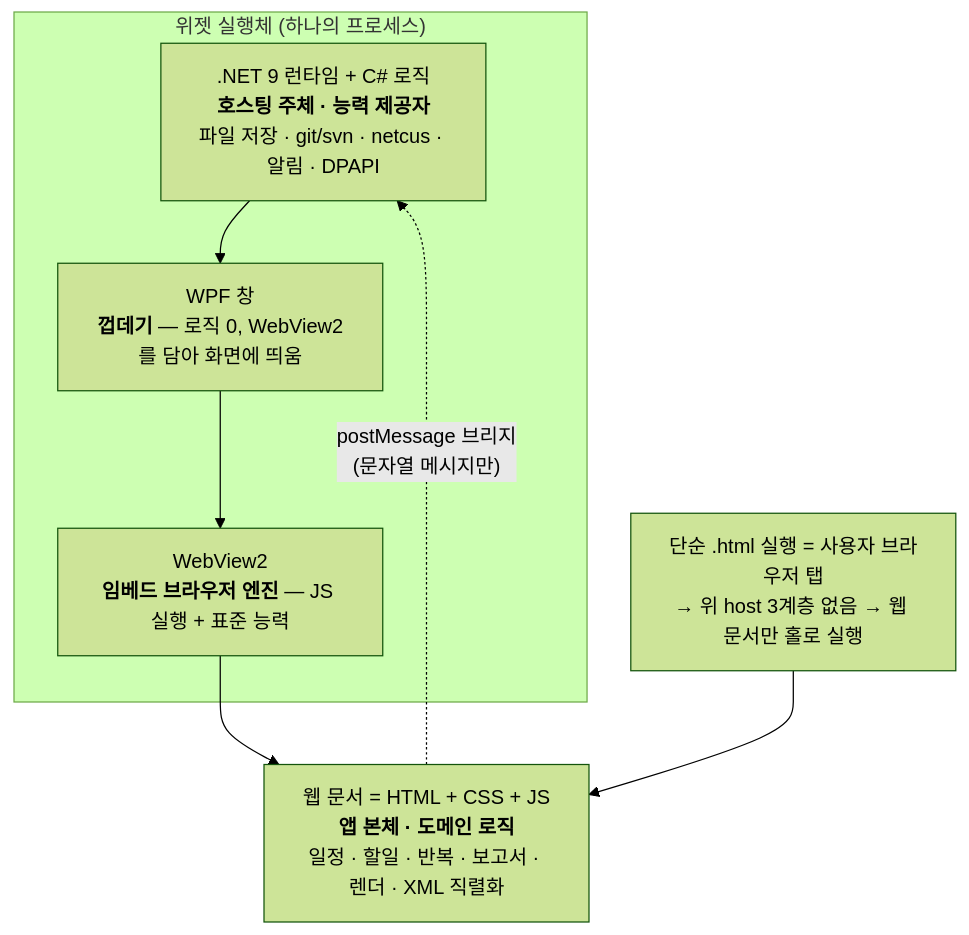
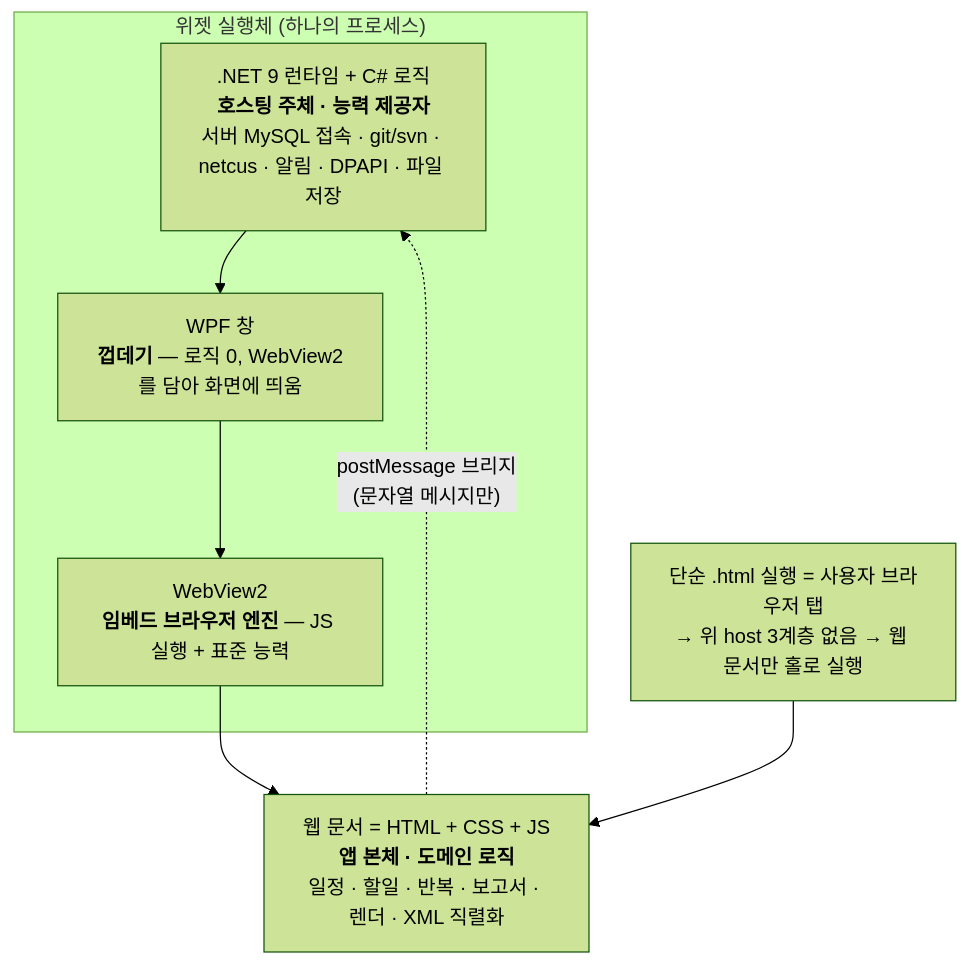
One commit to Peace-Min/task-calendar changed the first of 2 diagrams in docs/ARCHITECTURE.md. Above: the diagram before and after it, drawn with Mermaid (forest theme). The commit also changed other lines of this file and 15 other files, not shown here.

````diff
--- a/docs/ARCHITECTURE.md
+++ b/docs/ARCHITECTURE.md
@@ -18,15 +21,15 @@
 ```mermaid
 flowchart TB
   subgraph host["위젯 실행체 (하나의 프로세스)"]
-    dotnet[".NET 9 런타임 + C# 로직<br/><b>호스팅 주체 · 능력 제공자</b><br/>파일 저장 · git/svn · netcus · 알림 · DPAPI"]
+    dotnet[".NET 9 런타임 + C# 로직<br/><b>호스팅 주체 · 능력 제공자</b><br/>서버 MySQL 접속 · git/svn · netcus · 알림 · DPAPI · 파일 저장"]
     wpf["WPF 창<br/><b>껍데기</b> — 로직 0, WebView2를 담아 화면에 띄움"]
     wv["WebView2<br/><b>임베드 브라우저 엔진</b> — JS 실행 + 표준 능력"]
     dotnet --> wpf --> wv
   end
   web["웹 문서 = HTML + CSS + JS<br/><b>앱 본체 · 도메인 로직</b><br/>일정 · 할일 · 반복 · 보고서 · 렌더 · XML 직렬화"]
   wv --> web
   web -. "postMessage 브리지<br/>(문자열 메시지만)" .-> dotnet
 
   browseronly["단순 .html 실행 = 사용자 브라우저 탭<br/>→ 위 host 3계층 없음 → 웹 문서만 홀로 실행"]
   browseronly --> web
 ```
````
